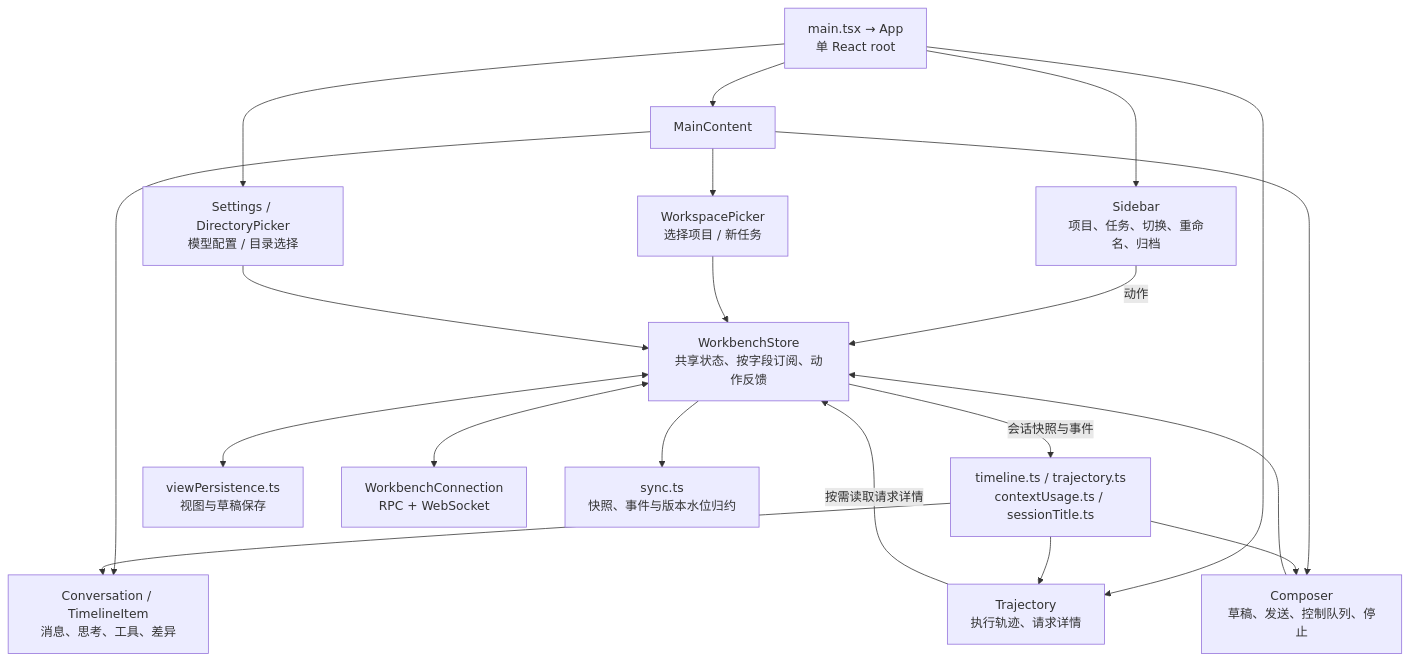
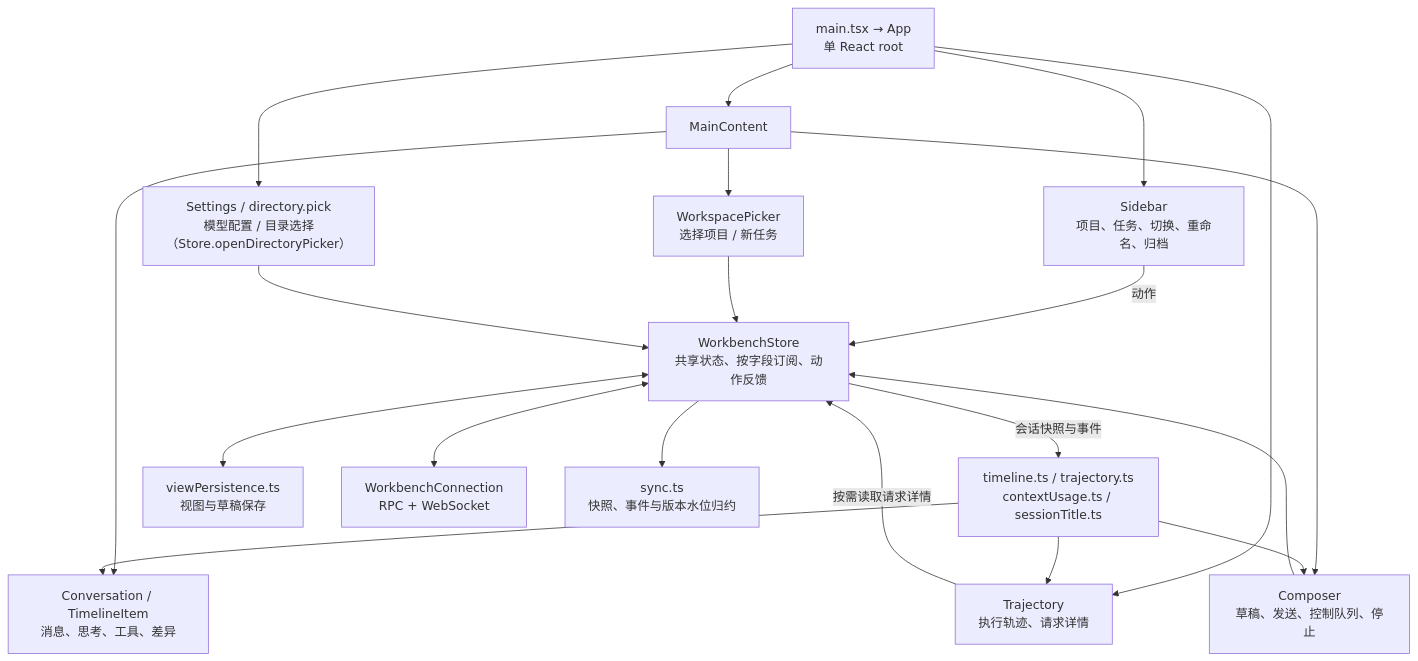
One commit to qjcnmd/singularity-agent changed the seventh of 29 diagrams in docs/singularity.md. Above: the diagram before and after it, drawn with Mermaid. The commit also changed other lines of this file and 10 other files, not shown here.

````diff
--- a/docs/singularity.md
+++ b/docs/singularity.md
@@ -189,22 +189,22 @@
 ```mermaid
 flowchart TB
     Root["main.tsx → App<br/>单 React root"] --> Sidebar["Sidebar<br/>项目、任务、切换、重命名、归档"]
     Root --> Main["MainContent"]
     Main --> Workspace["WorkspacePicker<br/>选择项目 / 新任务"]
     Main --> ConversationView["Conversation / TimelineItem<br/>消息、思考、工具、差异"]
     Main --> Composer["Composer<br/>草稿、发送、控制队列、停止"]
     Root --> Trajectory["Trajectory<br/>执行轨迹、请求详情"]
-    Root --> Settings["Settings / DirectoryPicker<br/>模型配置 / 目录选择"]
+    Root --> Settings["Settings / directory.pick<br/>模型配置 / 目录选择（Store.openDirectoryPicker）"]
     Sidebar -->|"动作"| Store["WorkbenchStore<br/>共享状态、按字段订阅、动作反馈"]
     Workspace --> Store
     Composer --> Store
     Settings --> Store
     Trajectory -->|"按需读取请求详情"| Store
     Store -->|"会话快照与事件"| Derived["timeline.ts / trajectory.ts<br/>contextUsage.ts / sessionTitle.ts"]
     Derived --> ConversationView
     Derived --> Trajectory
     Derived --> Composer
     Store <--> Persistence["viewPersistence.ts<br/>视图与草稿保存"]
     Store <--> Connection["WorkbenchConnection<br/>RPC + WebSocket"]
     Store --> Sync["sync.ts<br/>快照、事件与版本水位归约"]
 ```
````
